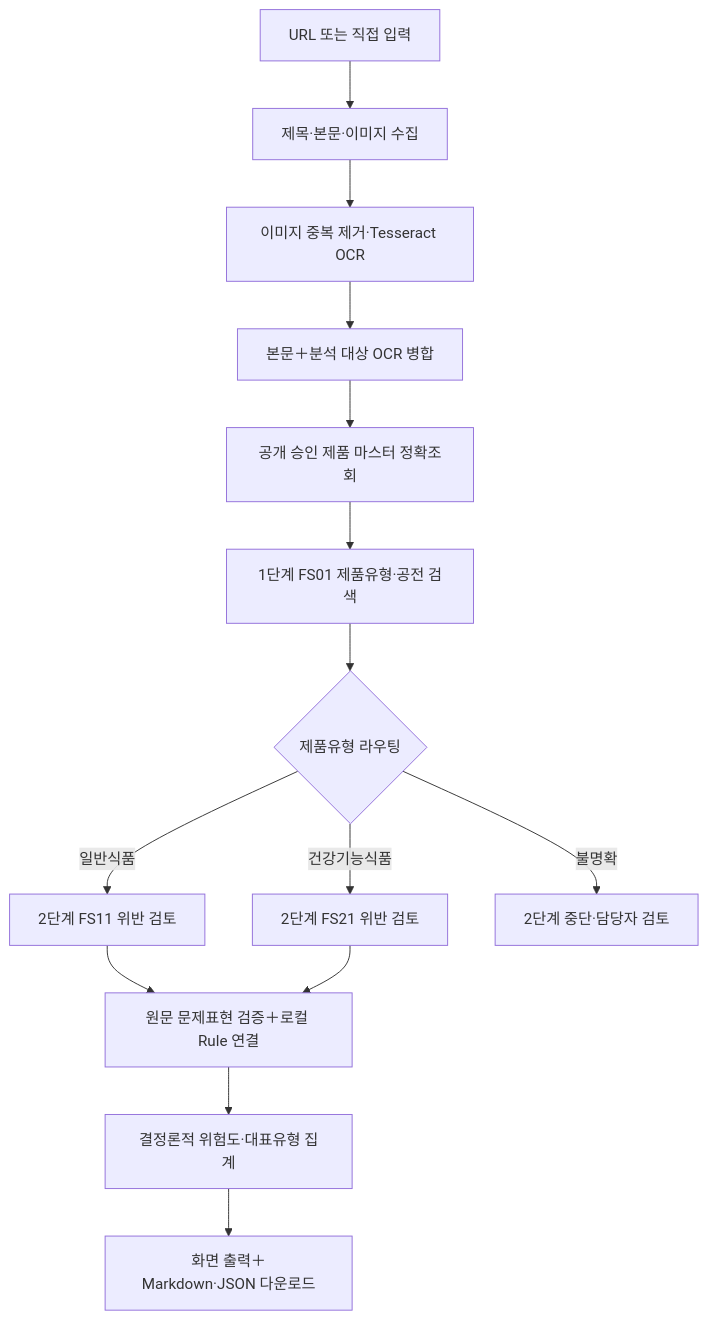
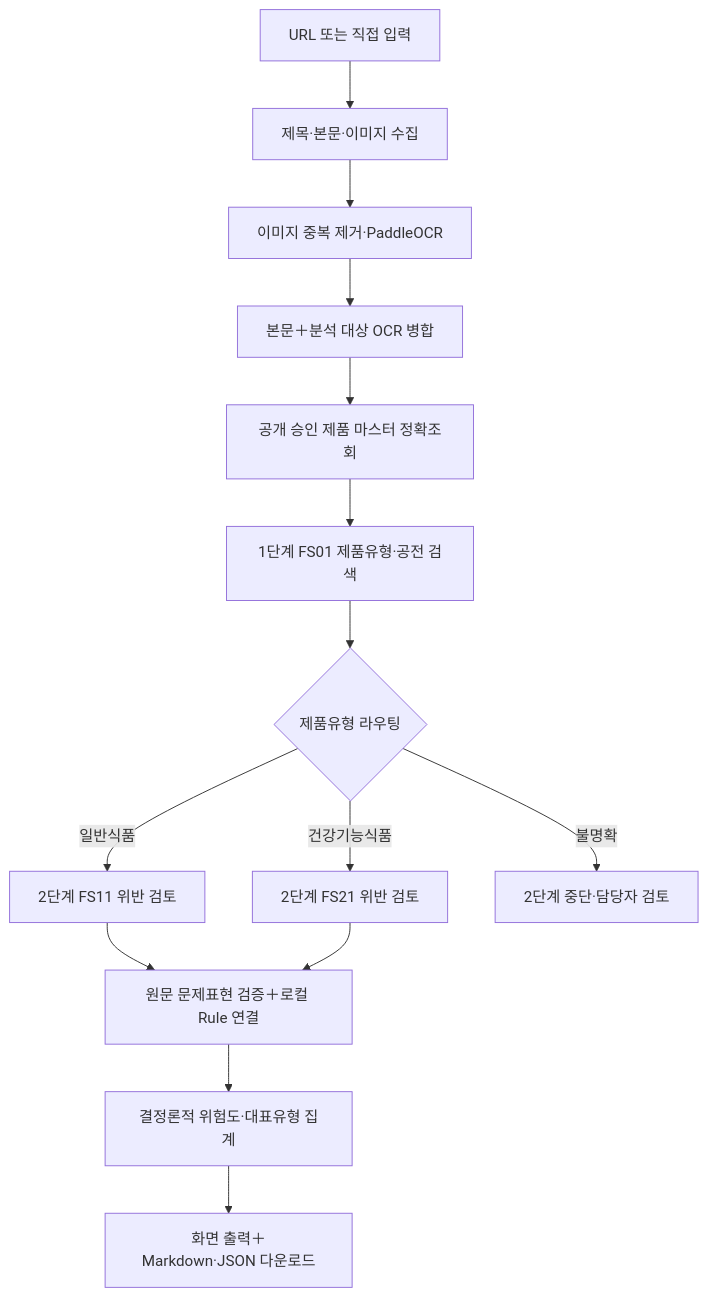
The diagram in README.md (alovrc/mfds-streamlit-ocr-poc), drawn with Mermaid before and after one commit. The commit also changed other lines of this file, not shown here.

Commit message:
Replace Tesseract OCR with PaddleOCR

````diff
--- a/README.md
+++ b/README.md
@@ -85,16 +85,16 @@
 ```mermaid
 flowchart TD
     A["URL 또는 직접 입력"] --> B["제목·본문·이미지 수집"]
-    B --> C["이미지 중복 제거·Tesseract OCR"]
+    B --> C["이미지 중복 제거·PaddleOCR"]
     C --> D["본문＋분석 대상 OCR 병합"]
     D --> E["공개 승인 제품 마스터 정확조회"]
     E --> F["1단계 FS01 제품유형·공전 검색"]
     F --> G{"제품유형 라우팅"}
     G -->|일반식품| H["2단계 FS11 위반 검토"]
     G -->|건강기능식품| I["2단계 FS21 위반 검토"]
     G -->|불명확| J["2단계 중단·담당자 검토"]
     H --> K["원문 문제표현 검증＋로컬 Rule 연결"]
     I --> K
     K --> L["결정론적 위험도·대표유형 집계"]
     L --> M["화면 출력＋Markdown·JSON 다운로드"]
 ```
````
